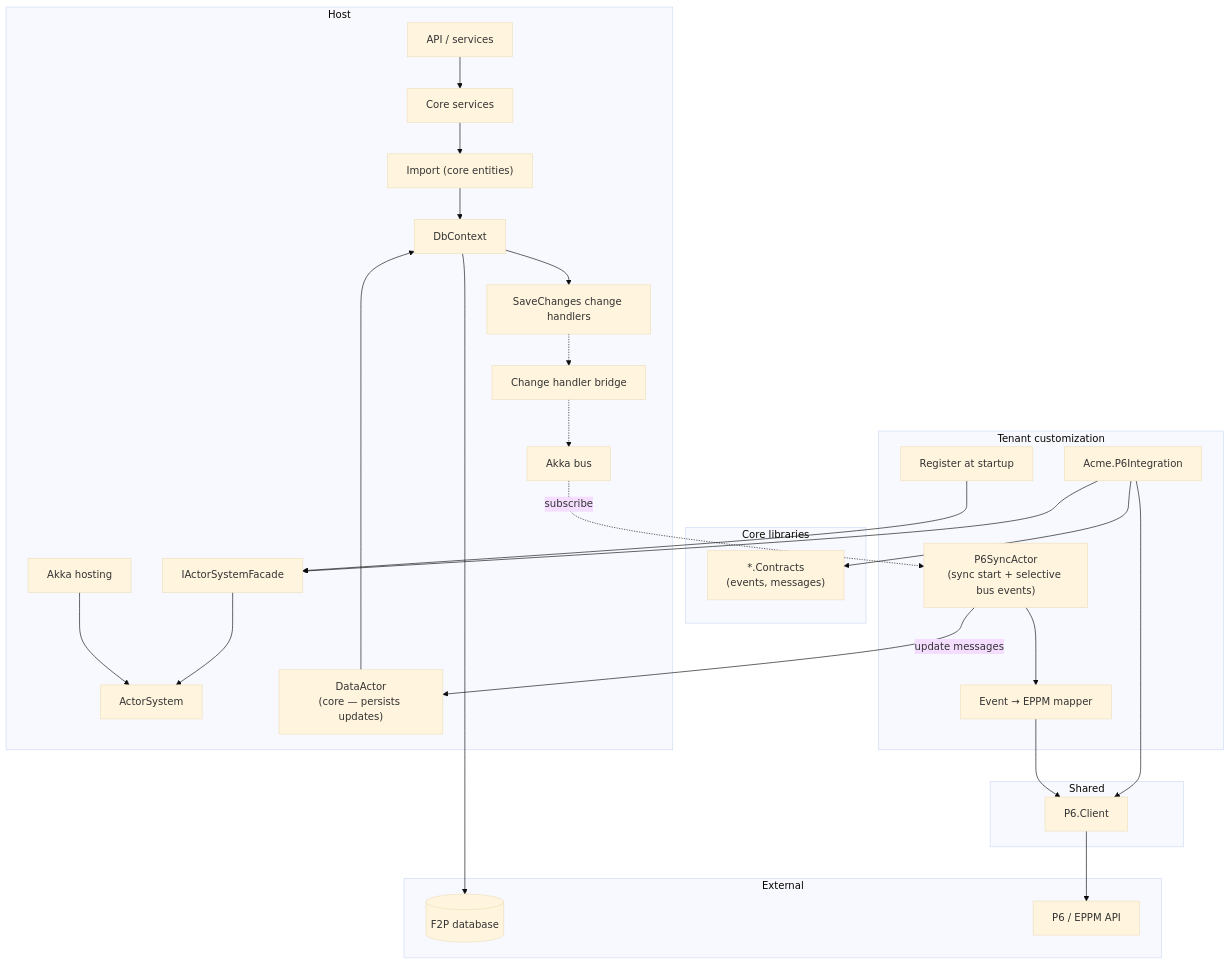
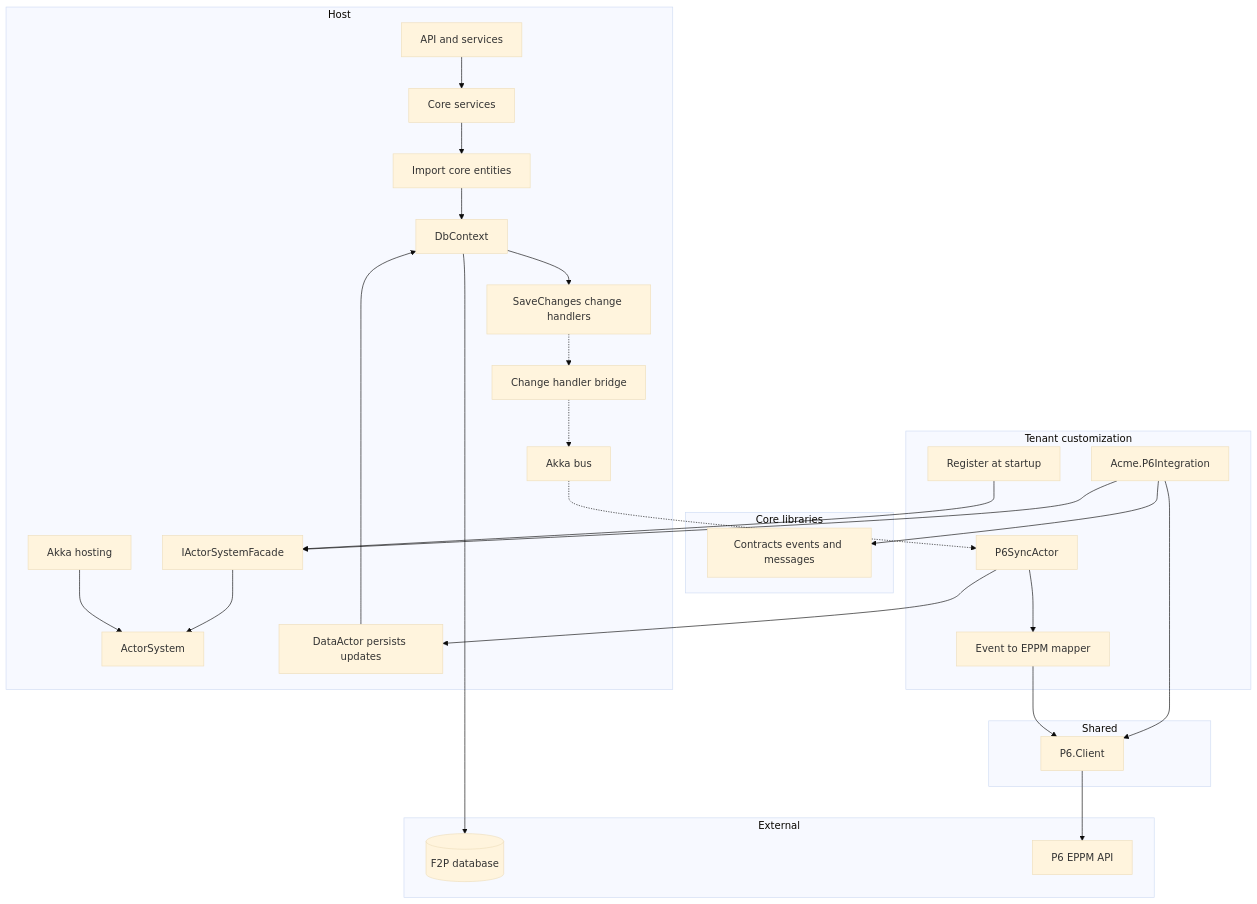
One commit to robbertF2P/Sandbox changed the second of 4 diagrams in docs/floor2plan-akka-actor-integration-design.md. Above: the diagram before and after it, drawn with Mermaid (base theme). The commit also changed other lines of this file, not shown here.

Commit message:
Fix mermaid syntax for GitHub rendering in design doc

````diff
--- a/docs/floor2plan-akka-actor-integration-design.md
+++ b/docs/floor2plan-akka-actor-integration-design.md
@@ -59,52 +59,52 @@
 ```mermaid
 flowchart TB
   subgraph host["Host"]
-    API["API / services"]
+    API["API and services"]
     SVC["Core services"]
     EF["DbContext"]
     CH["SaveChanges change handlers"]
-    IMP["Import (core entities)"]
+    IMP["Import core entities"]
     HOST["Akka hosting"]
     AS["ActorSystem"]
     FACADE["IActorSystemFacade"]
     BRIDGE["Change handler bridge"]
     BUS["Akka bus"]
-    DATA_ACTOR["DataActor\n(core — persists updates)"]
+    DATA_ACTOR["DataActor persists updates"]
   end
 
   subgraph core_lib["Core libraries"]
-    CONTRACTS["*.Contracts\n(events, messages)"]
+    CONTRACTS["Contracts events and messages"]
   end
 
   subgraph tenant["Tenant customization"]
     P6_PROJ["Acme.P6Integration"]
-    MAP["Event → EPPM mapper"]
-    P6_ACTOR["P6SyncActor\n(sync start + selective bus events)"]
+    MAP["Event to EPPM mapper"]
+    P6_ACTOR["P6SyncActor"]
     REG["Register at startup"]
   end
 
   subgraph shared["Shared"]
     P6_CLIENT["P6.Client"]
   end
 
   subgraph external["External"]
     DB[("F2P database")]
-    P6API["P6 / EPPM API"]
+    P6API["P6 EPPM API"]
   end
 
   API --> SVC
   SVC --> IMP --> EF --> DB
   EF --> CH
   CH -.-> BRIDGE
   BRIDGE -.-> BUS
   HOST --> AS
   FACADE --> AS
   DATA_ACTOR --> EF
   REG --> FACADE
-  BUS -.->|subscribe| P6_ACTOR
+  BUS -.-> P6_ACTOR
   P6_ACTOR --> MAP --> P6_CLIENT --> P6API
-  P6_ACTOR -->|update messages| DATA_ACTOR
+  P6_ACTOR --> DATA_ACTOR
   P6_PROJ --> CONTRACTS
   P6_PROJ --> FACADE
   P6_PROJ --> P6_CLIENT
 ```
````
